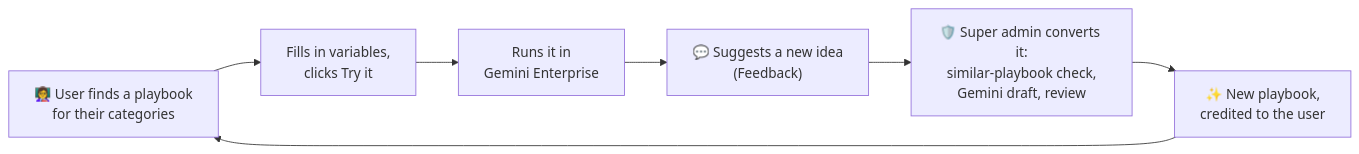
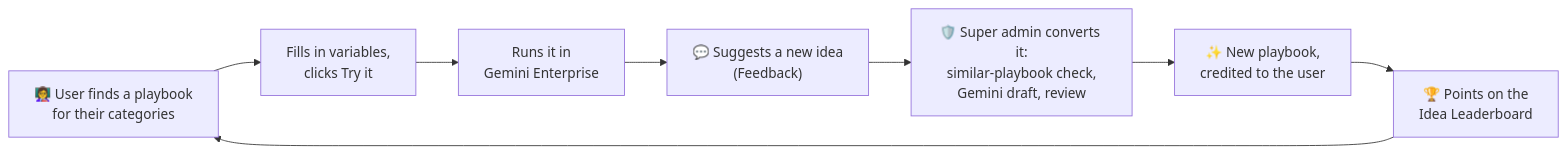
One commit to MrRoyRoy/ge_learning_portal_edu changed the diagram in README.md. Above: the diagram before and after it, drawn with Mermaid. The commit also changed other lines of this file and 11 other files, not shown here.

First line of the commit message:
Idea Leaderboard for users and admins; README: Try it into Gemini Enterprise + leaderboard

````diff
--- a/README.md
+++ b/README.md
@@ -30,9 +30,10 @@
 ```mermaid
 flowchart LR
   A["👩‍🏫 User finds a playbook<br/>for their categories"] --> B["Fills in variables,<br/>clicks Try it"]
   B --> C["Runs it in<br/>Gemini Enterprise"]
   C --> D["💬 Suggests a new idea<br/>(Feedback)"]
   D --> E["🛡️ Super admin converts it:<br/>similar-playbook check,<br/>Gemini draft, review"]
   E --> F["✨ New playbook,<br/>credited to the user"]
-  F --> A
+  F --> G["🏆 Points on the<br/>Idea Leaderboard"]
+  G --> A
 ```
````
